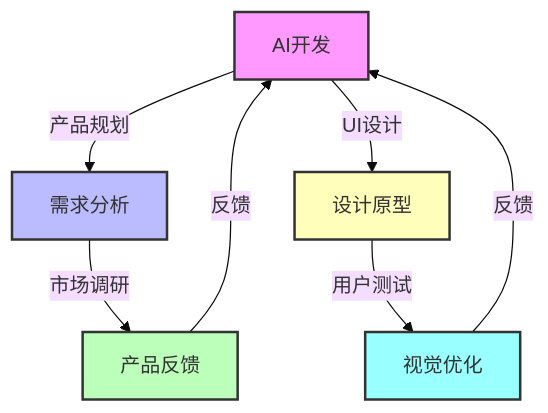
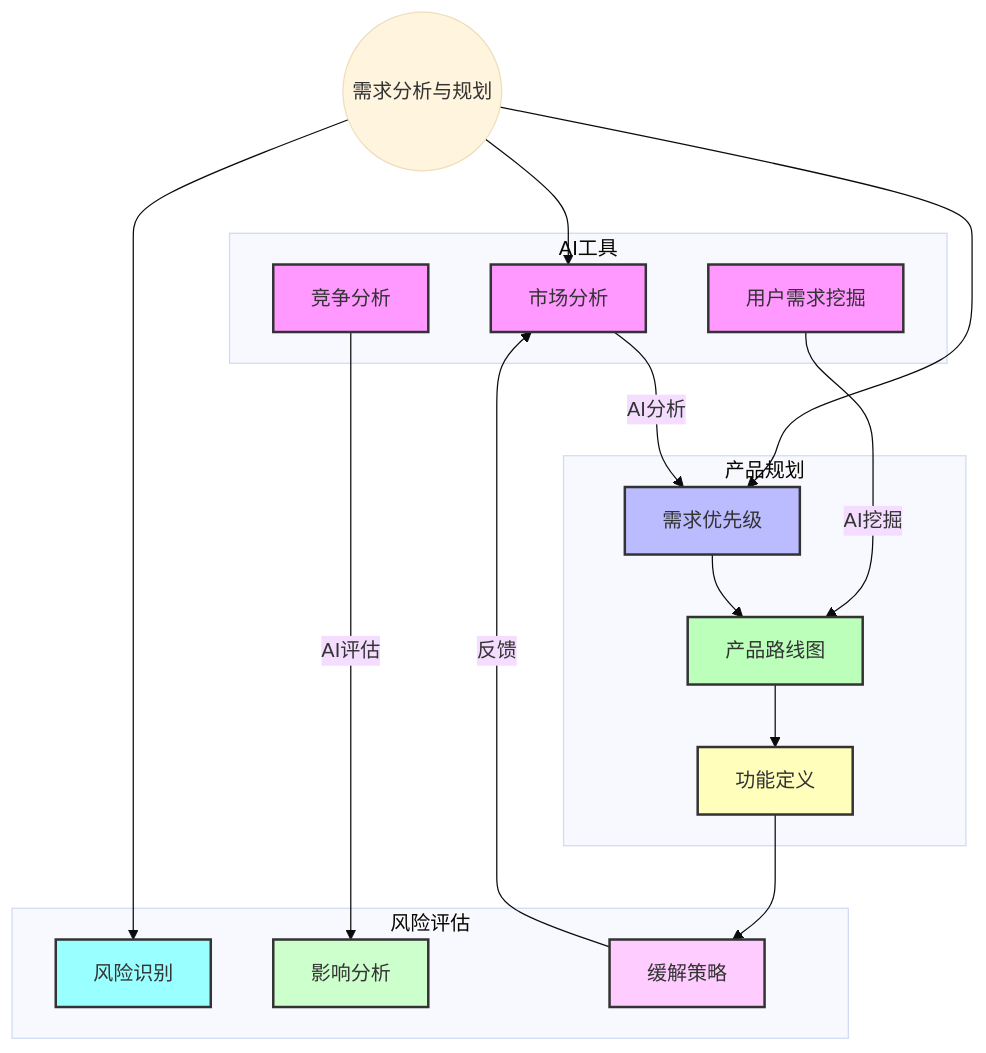
The second of 8 diagrams in advanced/前言.md (wutongci/cursor-courses), drawn with Mermaid (base theme) before and after one commit. The commit also changed other lines of this file, not shown here.

````diff
--- a/advanced/前言.md
+++ b/advanced/前言.md
@@ -63,15 +63,38 @@
 ```mermaid
 graph TD;
-    AI开发 -->|产品规划| 需求分析
-    需求分析 -->|市场调研| 产品反馈
-    产品反馈 -->|反馈| AI开发
-
-    AI开发 -->|UI设计| 设计原型
-    设计原型 -->|用户测试| 视觉优化
-    视觉优化 -->|反馈| AI开发
-    style AI开发 fill:#f9f,stroke:#333,stroke-width:2px;
-    style 需求分析 fill:#bbf,stroke:#333,stroke-width:2px;
-    style 产品反馈 fill:#bfb,stroke:#333,stroke-width:2px;
-    style 设计原型 fill:#ffb,stroke:#333,stroke-width:2px;
-    style 视觉优化 fill:#9ff,stroke:#333,stroke-width:2px;
+    A((需求分析与规划))
+    subgraph AI工具
+        B[市场分析]
+        C[用户需求挖掘]
+        D[竞争分析]
+    end
+    subgraph 产品规划
+        E[需求优先级]
+        F[产品路线图]
+        G[功能定义]
+    end
+    subgraph 风险评估
+        H[风险识别]
+        I[影响分析]
+        J[缓解策略]
+    end
+    A --> B
+    A --> E
+    A --> H
+    B -->|AI分析| E
+    C -->|AI挖掘| F
+    D -->|AI评估| I
+    E --> F
+    F --> G
+    G --> J
+    J -->|反馈| B
+    style B fill:#f9f,stroke:#333,stroke-width:2px;
+    style C fill:#f9f,stroke:#333,stroke-width:2px;
+    style D fill:#f9f,stroke:#333,stroke-width:2px;
+    style E fill:#bbf,stroke:#333,stroke-width:2px;
+    style F fill:#bfb,stroke:#333,stroke-width:2px;
+    style G fill:#ffb,stroke:#333,stroke-width:2px;
+    style H fill:#9ff,stroke:#333,stroke-width:2px;
+    style I fill:#cfc,stroke:#333,stroke-width:2px;
+    style J fill:#fcf,stroke:#333,stroke-width:2px;
 ```
````
